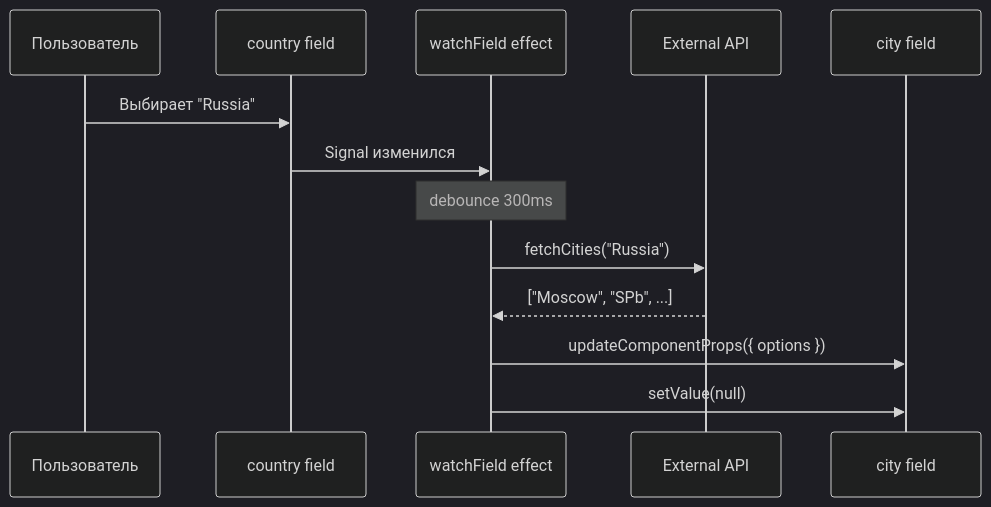
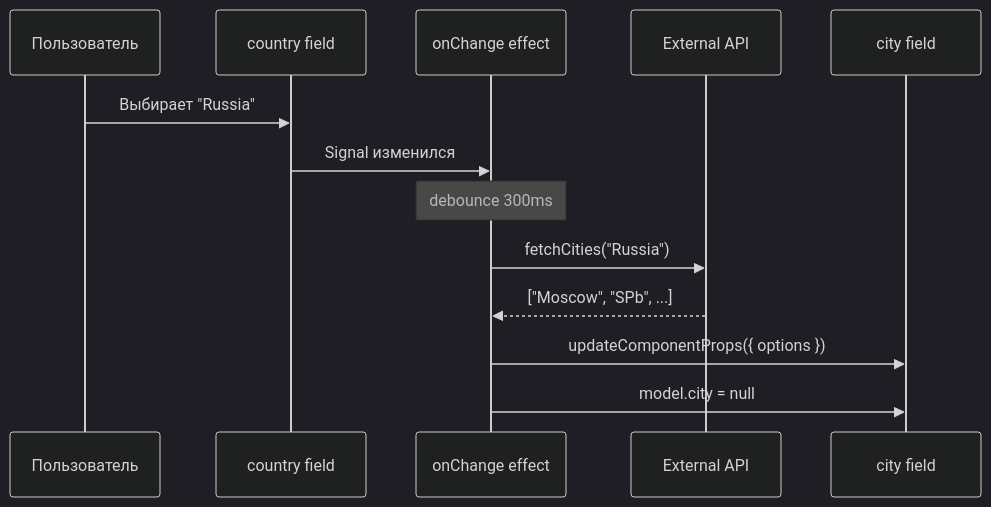
One commit to AlexandrBukhtatyy/ReFormer changed the fourth of 7 diagrams in docs/behaviors.md. Above: the diagram before and after it, drawn with Mermaid (dark theme). The commit also changed other lines of this file and 4 other files, not shown here.

````diff
--- a/docs/behaviors.md
+++ b/docs/behaviors.md
@@ -107,16 +116,16 @@
 ```mermaid
 sequenceDiagram
     participant User as Пользователь
     participant Country as country field
-    participant Watch as watchField effect
+    participant Watch as onChange effect
     participant API as External API
     participant City as city field
 
     User->>Country: Выбирает "Russia"
     Country->>Watch: Signal изменился
     Note over Watch: debounce 300ms
     Watch->>API: fetchCities("Russia")
     API-->>Watch: ["Moscow", "SPb", ...]
     Watch->>City: updateComponentProps({ options })
-    Watch->>City: setValue(null)
+    Watch->>City: model.city = null
 ```
````
